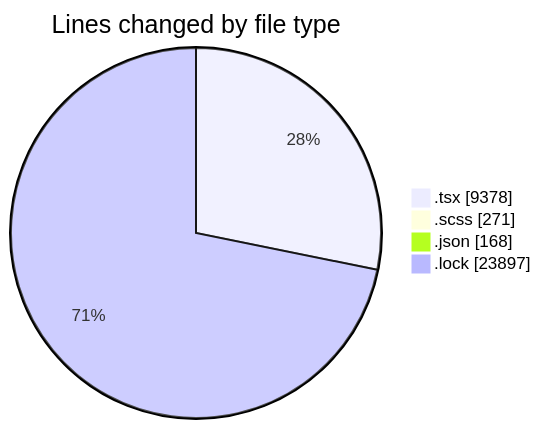
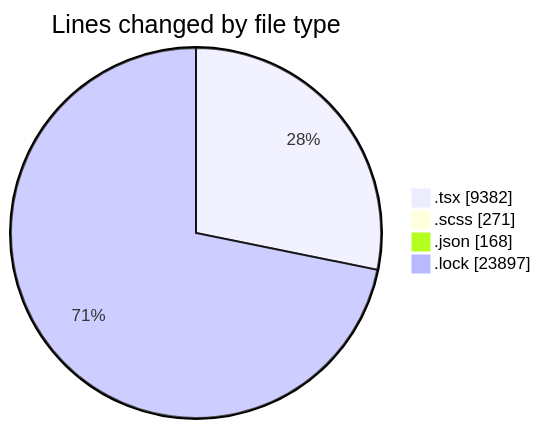
Before and after one commit to momahboobian/code-tracking: the first of 2 diagrams in 2025-11-18/cda/README.md, drawn with Mermaid. The commit also changed other lines of this file and 1 other file, not shown here.

````diff
--- a/2025-11-18/cda/README.md
+++ b/2025-11-18/cda/README.md
@@ -38,8 +38,8 @@
 ```mermaid
 pie showData
 title Lines changed by file type
-".tsx" : 9378
+".tsx" : 9382
 ".scss" : 271
 ".json" : 168
 ".lock" : 23897
 ```
````
